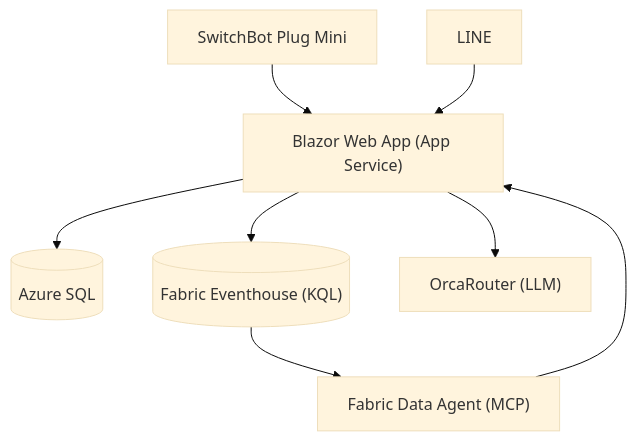
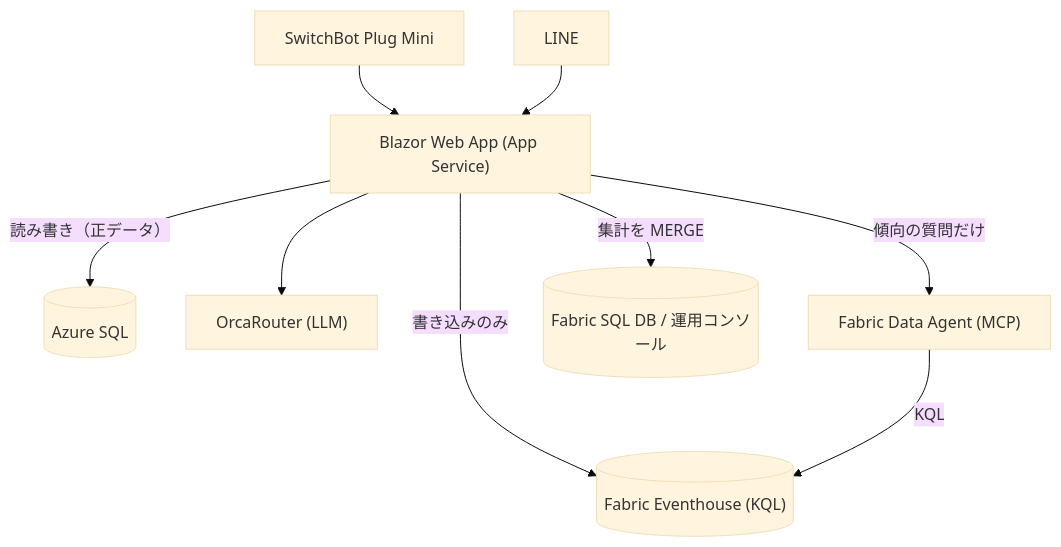
One commit to monoqlo78/mimamoritai-careroute-ai changed the second of 2 diagrams in docs/ARTICLE.md. Above: the diagram before and after it, drawn with Mermaid (base theme). The commit also changed other lines of this file and 1 other file, not shown here.

````diff
--- a/docs/ARTICLE.md
+++ b/docs/ARTICLE.md
@@ -147,10 +147,11 @@
 ```mermaid
 flowchart TB
     SB["SwitchBot Plug Mini"] --> App
     LINE["LINE"] --> App
-    App["Blazor Web App (App Service)"] --> SQL[("Azure SQL")]
-    App --> EH[("Fabric Eventhouse (KQL)")]
+    App["Blazor Web App (App Service)"] -- 読み書き（正データ） --> SQL[("Azure SQL")]
+    App -- 書き込みのみ --> EH[("Fabric Eventhouse (KQL)")]
     App --> AI["OrcaRouter (LLM)"]
-    EH --> DA["Fabric Data Agent (MCP)"]
-    DA --> App
+    App -- 傾向の質問だけ --> DA["Fabric Data Agent (MCP)"]
+    DA -- KQL --> EH
+    App -- 集計を MERGE --> FSQL[("Fabric SQL DB / 運用コンソール")]
 ```
````
